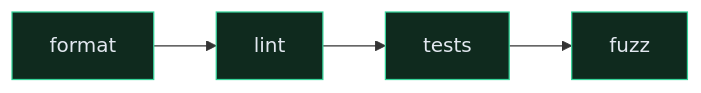
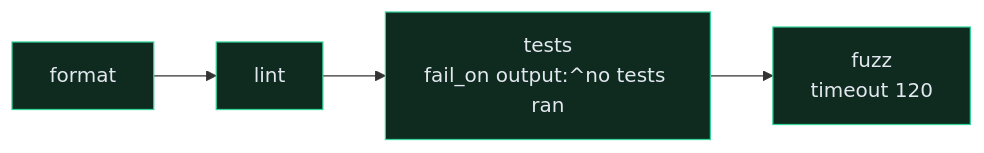
The diagram in README.md (HarryPehkonen/KitCI), drawn with Mermaid before and after one commit. The commit also changed other lines of this file and 14 other files, not shown here.

First line of the commit message:
v1.1: --ast (canonical JSON), graph annotations, and the gate.toml grammar appendix

````diff
--- a/README.md
+++ b/README.md
@@ -162,18 +174,19 @@
 ```mermaid
 flowchart LR
     %% kit-ci gate flow — from the parsed gate.toml; same config, same bytes
     %% one node per stage, one edge per step in a tier's run order
+    %% a node's second line is what the stage deviates on; no line, default
     %% repo: docsum
     s0["format"]
     s1["lint"]
-    s2["tests"]
-    s3["fuzz"]
+    s2["tests<br/>fail_on output:^no tests ran"]
+    s3["fuzz<br/>timeout 120"]
     s0 --> s1
     s1 --> s2
     s2 --> s3
     classDef tier0 fill:#0b253a,stroke:#38bdf8,color:#e2e8f0
     classDef tier1 fill:#0f2a1e,stroke:#34d399,color:#e2e8f0
     class s0,s1 tier0
     class s0,s1,s2,s3 tier1
     %% class ids: tier0=fast tier1=full
 ```
````
